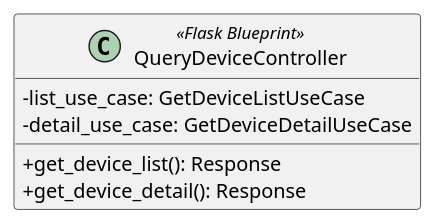
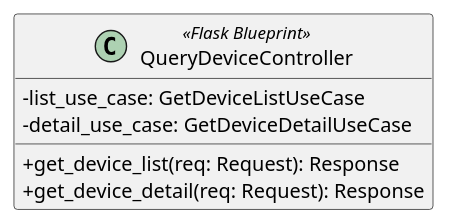
One commit to GroupRubberDuck/Documentazione changed the diagram in src/PB/DocumentazioneEsterna/Specifica_Tecnica/content/uml/puml/Diagrammi_classi/Backend/InboundAdapters/QueryDeviceController.puml. Above: the diagram before and after it, drawn with PlantUML. The commit also changed 13 other files, not shown here.

Commit message:
Feat: completati diagrammi device

```diff
--- a/src/PB/DocumentazioneEsterna/Specifica_Tecnica/content/uml/puml/Diagrammi_classi/Backend/InboundAdapters/QueryDeviceController.puml
+++ b/src/PB/DocumentazioneEsterna/Specifica_Tecnica/content/uml/puml/Diagrammi_classi/Backend/InboundAdapters/QueryDeviceController.puml
@@ -1,12 +1,12 @@
 @startuml QueryDeviceController
 skinparam classAttributeIconSize 0
 
 class QueryDeviceController <<Flask Blueprint>> {
     - list_use_case: GetDeviceListUseCase
     - detail_use_case: GetDeviceDetailUseCase
 
-    + get_device_list(): Response
-    + get_device_detail(): Response
+    + get_device_list(req: Request): Response
+    + get_device_detail(req: Request): Response
 }
 
 @enduml
```
